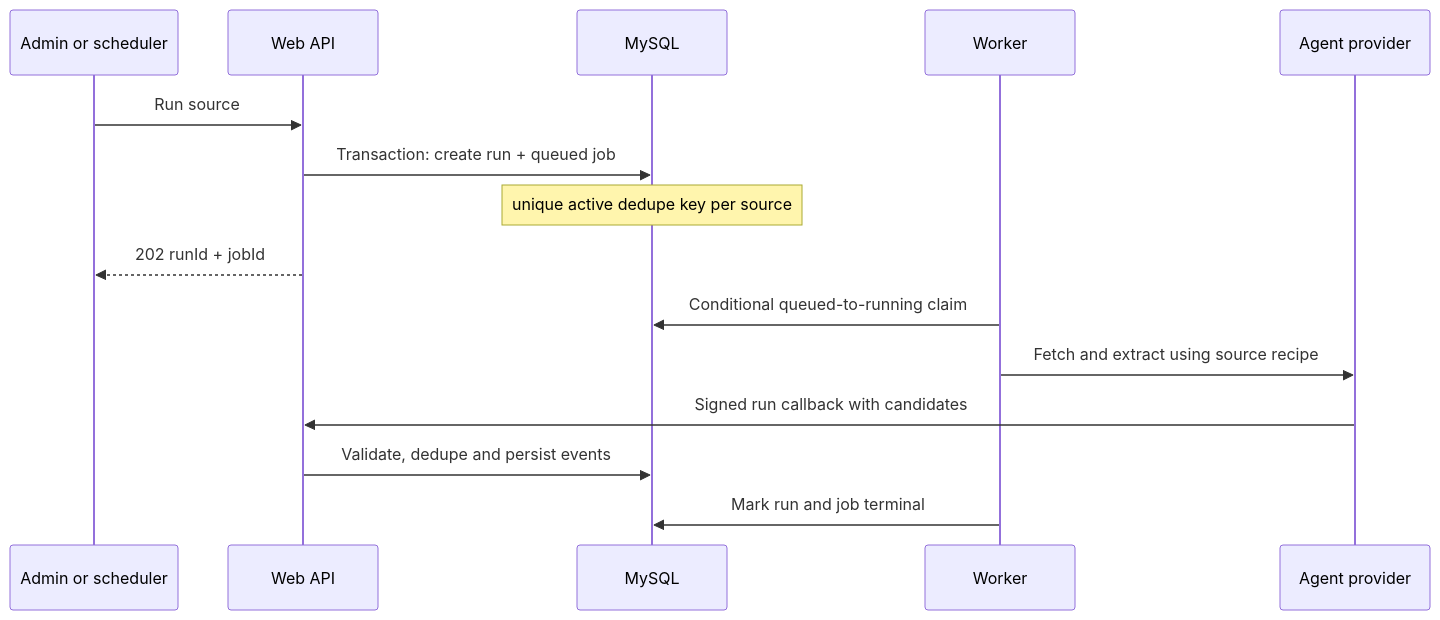
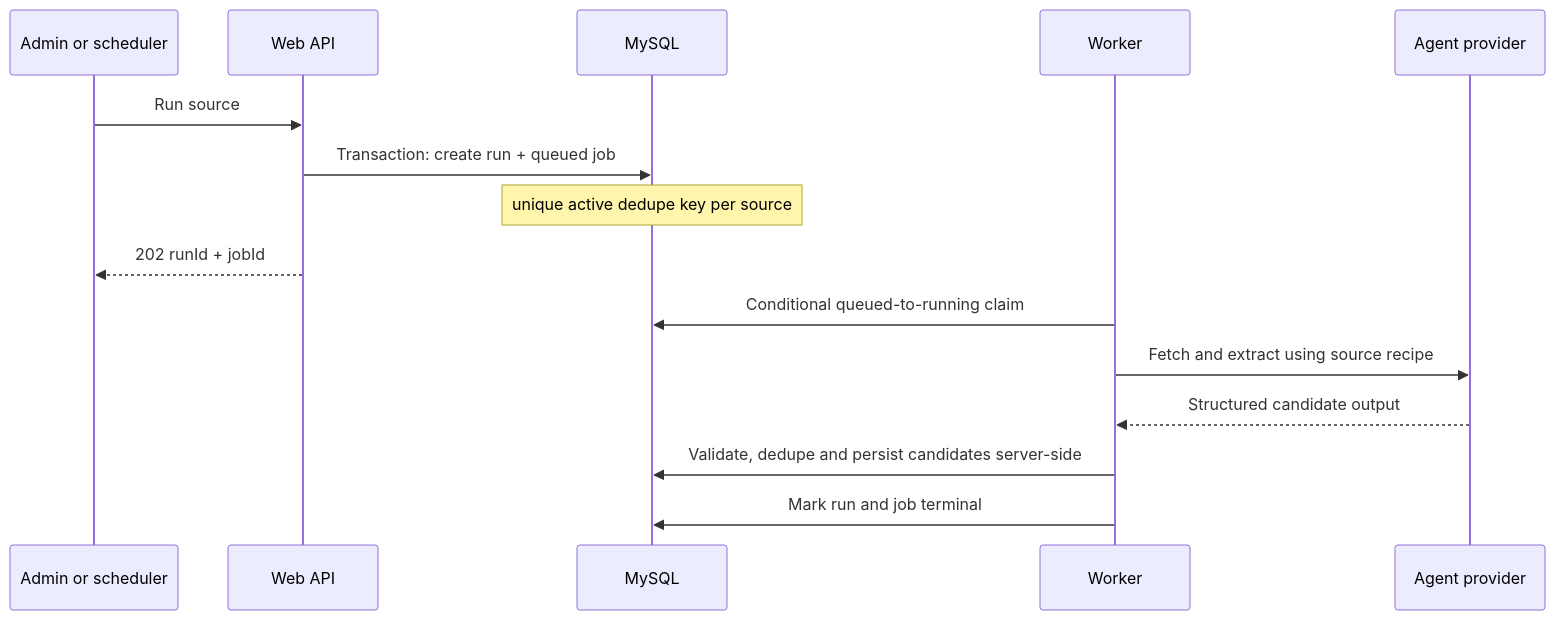
One commit to 2024frank/ai-calendar changed the second of 2 diagrams in docs/ARCHITECTURE.md. Above: the diagram before and after it, drawn with Mermaid. The commit also changed other lines of this file and 88 other files, not shown here.

````diff
--- a/docs/ARCHITECTURE.md
+++ b/docs/ARCHITECTURE.md
@@ -89,18 +89,18 @@
 ```mermaid
 sequenceDiagram
   participant A as Admin or scheduler
   participant W as Web API
   participant D as MySQL
   participant K as Worker
   participant P as Agent provider
 
   A->>W: Run source
   W->>D: Transaction: create run + queued job
   Note over D: unique active dedupe key per source
   W-->>A: 202 runId + jobId
   K->>D: Conditional queued-to-running claim
   K->>P: Fetch and extract using source recipe
-  P->>W: Signed run callback with candidates
-  W->>D: Validate, dedupe and persist events
+  P-->>K: Structured candidate output
+  K->>D: Validate, dedupe and persist candidates server-side
   K->>D: Mark run and job terminal
 ```
````
